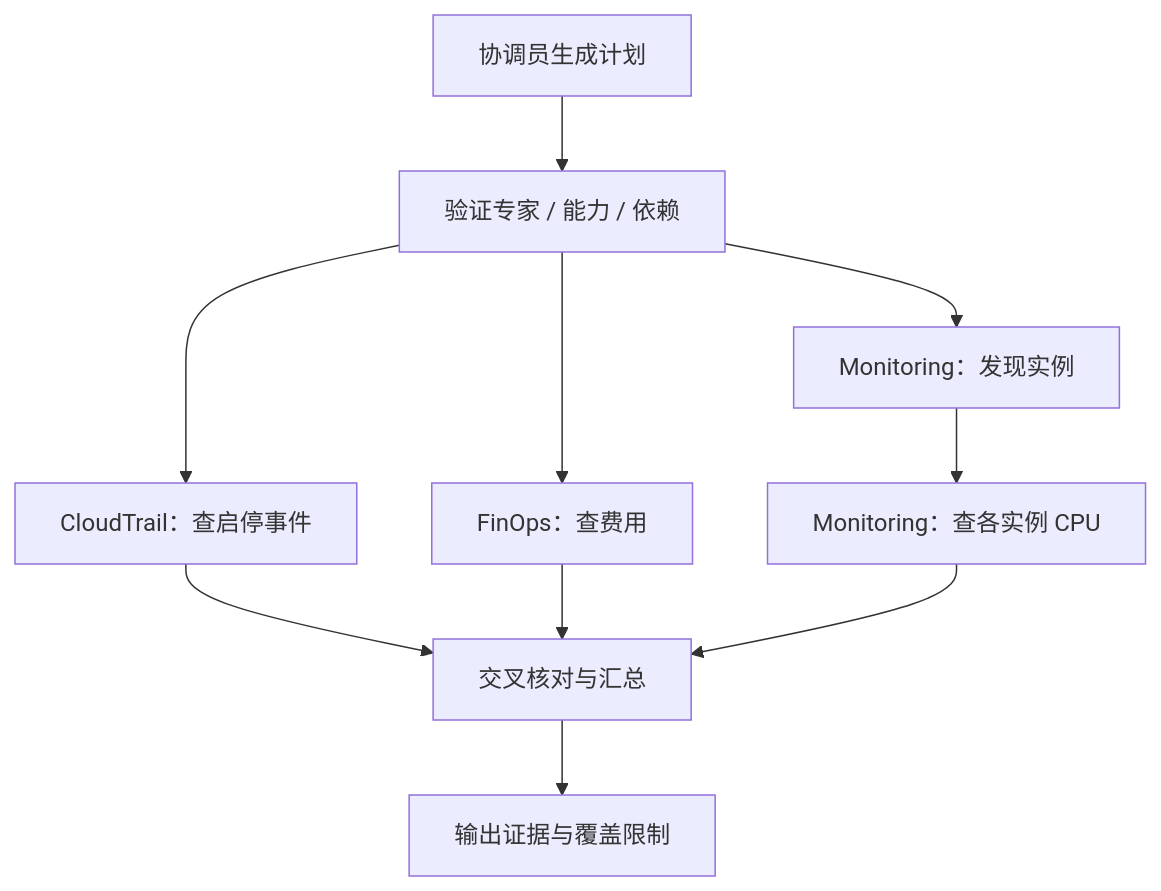
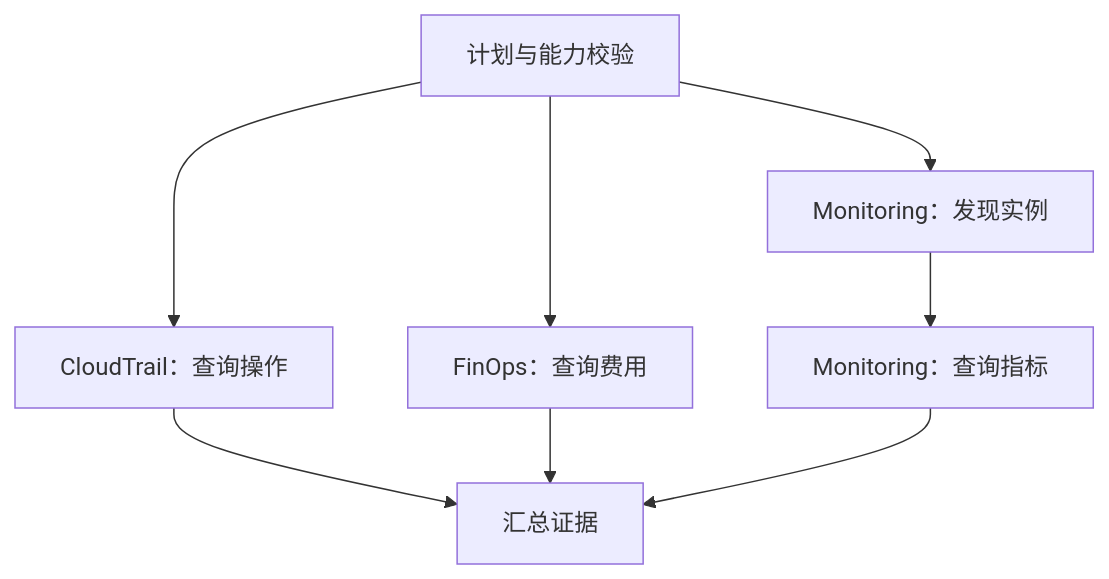
One commit to zjinsong/CloudOps-AgentCore-China changed the diagram in docs/06-harness.md. Above: the diagram before and after it, drawn with Mermaid. The commit also changed other lines of this file and 18 other files, not shown here.

Commit message:
docs: streamline customer architecture deployment testing and cleanup guides

````diff
--- a/docs/06-harness.md
+++ b/docs/06-harness.md
@@ -13,12 +11,10 @@
 ```mermaid
 flowchart TD
-    P[协调员生成计划] --> V[验证专家 / 能力 / 依赖]
-    V --> I[Monitoring：发现实例]
-    V --> C[CloudTrail：查启停事件]
-    V --> F[FinOps：查费用]
-    I --> M[Monitoring：查各实例 CPU]
-    C --> X[交叉核对与汇总]
-    F --> X
-    M --> X
-    X --> E[输出证据与覆盖限制]
+    P[计划与能力校验] --> I[Monitoring：发现实例]
+    P --> C[CloudTrail：查询操作]
+    P --> F[FinOps：查询费用]
+    I --> M[Monitoring：查询指标]
+    C --> S[汇总证据]
+    F --> S
+    M --> S
 ```
````
